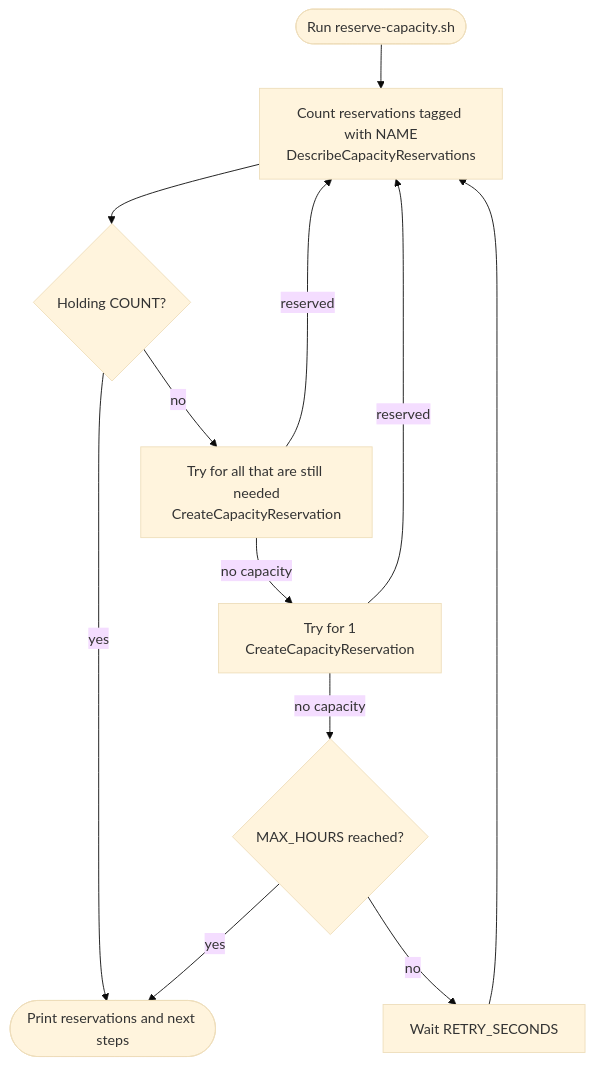
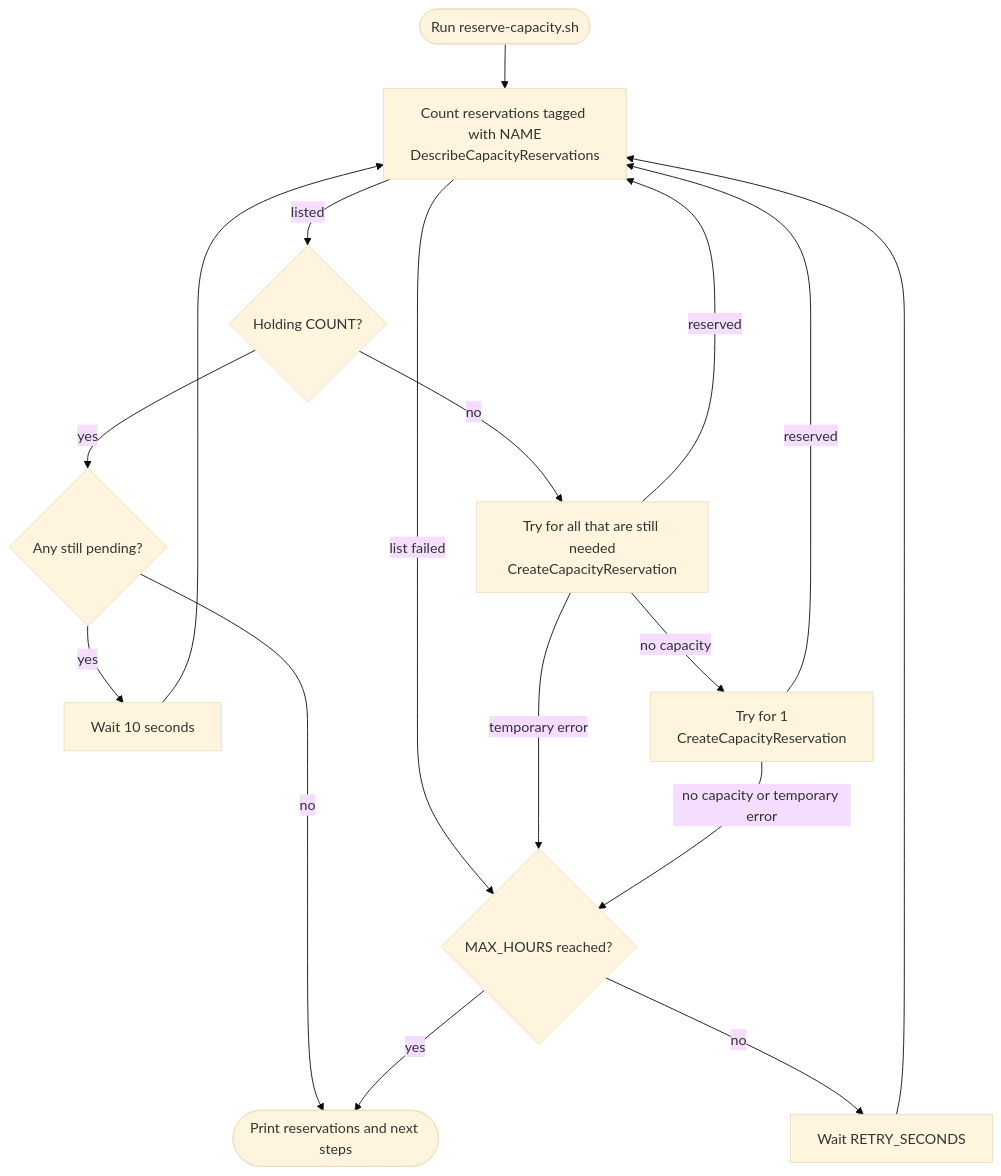
Before and after one commit to awslabs/startuplabs-on-aws: the diagram in blueprints/gpu-capacity-reservation-retry/README.md, drawn with Mermaid (base theme). The commit also changed other lines of this file and 1 other file, not shown here.

First line of the commit message:
Harden reserve-capacity.sh against failed calls and typos

````diff
--- a/blueprints/gpu-capacity-reservation-retry/README.md
+++ b/blueprints/gpu-capacity-reservation-retry/README.md
@@ -31,21 +31,28 @@
 ```mermaid
 flowchart TB
     start([Run reserve-capacity.sh])
     count["Count reservations tagged with NAME<br/>DescribeCapacityReservations"]
     done{"Holding COUNT?"}
+    pending{"Any still pending?"}
+    waitPending["Wait 10 seconds"]
     tryAll["Try for all that are still needed<br/>CreateCapacityReservation"]
     tryOne["Try for 1<br/>CreateCapacityReservation"]
     wait["Wait RETRY_SECONDS"]
     timeout{"MAX_HOURS reached?"}
     finish([Print reservations and next steps])
 
-    start --> count --> done
-    done -->|yes| finish
+    start --> count
+    count -->|listed| done
+    count -->|list failed| timeout
+    done -->|yes| pending
+    pending -->|no| finish
+    pending -->|yes| waitPending --> count
     done -->|no| tryAll
     tryAll -->|reserved| count
     tryAll -->|no capacity| tryOne
+    tryAll -->|temporary error| timeout
     tryOne -->|reserved| count
-    tryOne -->|no capacity| timeout
+    tryOne -->|no capacity or temporary error| timeout
     timeout -->|no| wait --> count
     timeout -->|yes| finish
 ```
````
